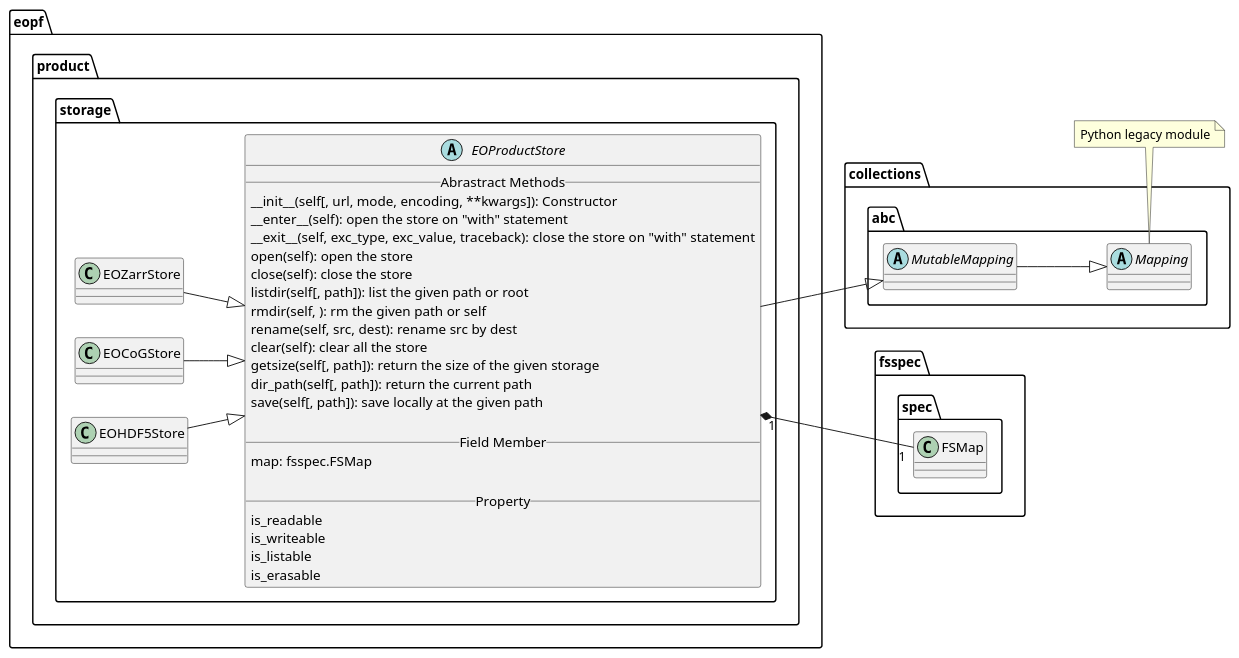
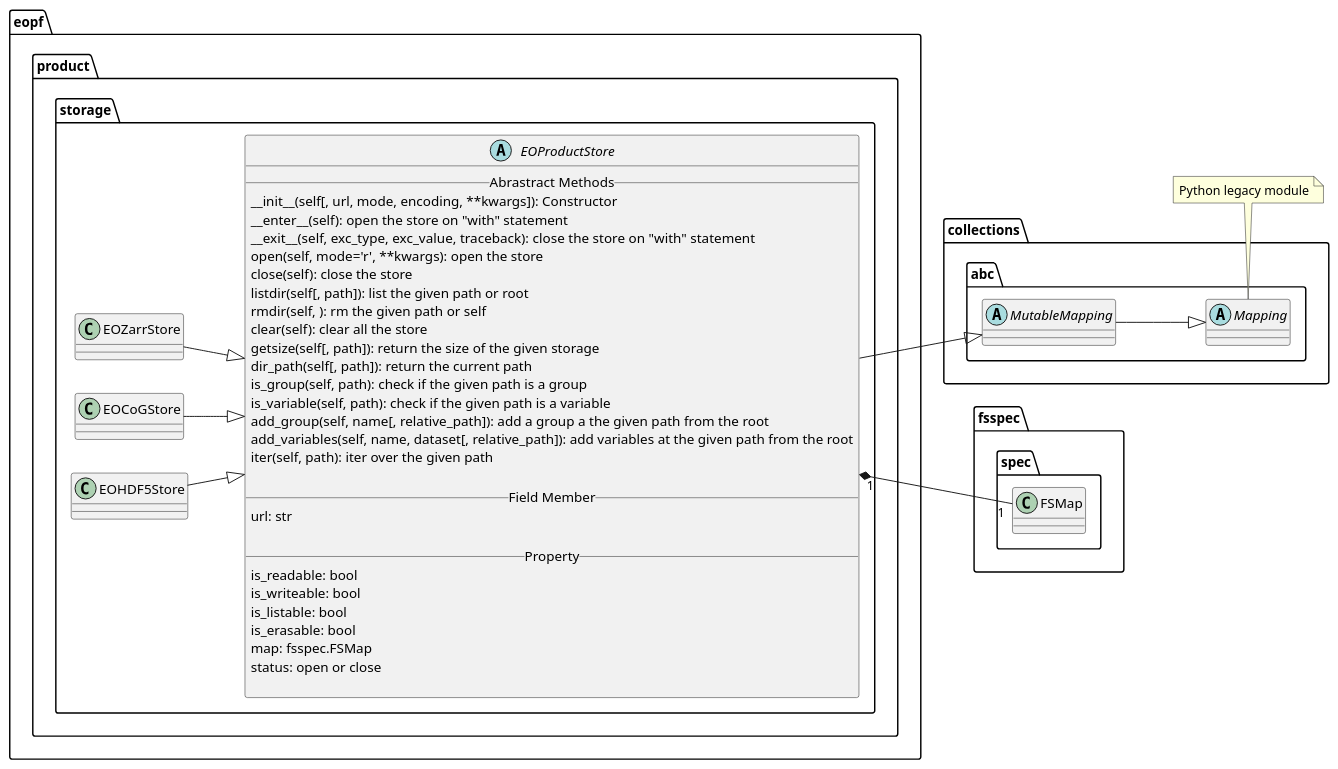
One commit to CSC-DPR/eopf-cpm changed the diagram in docs/plantuml/eopf_product_store.puml. Above: the diagram before and after it, drawn with PlantUML. The commit also changed 3 other files, not shown here.

Commit message:
feat: update the docs plantuml

```diff
--- a/docs/plantuml/eopf_product_store.puml
+++ b/docs/plantuml/eopf_product_store.puml
@@ -1,47 +1,53 @@
 @startuml
 left to right direction
 package eopf.product.storage
 {
 
     ' inspired by fsspec.spec.AbstractFileSystem
     abstract EOProductStore {
         __ Abrastract Methods __
         __init__(self[, url, mode, encoding, **kwargs]): Constructor
         __enter__(self): open the store on "with" statement
         __exit__(self, exc_type, exc_value, traceback): close the store on "with" statement
-        open(self): open the store
+        open(self, mode='r', **kwargs): open the store
         close(self): close the store
         listdir(self[, path]): list the given path or root
         rmdir(self, ): rm the given path or self
-        rename(self, src, dest): rename src by dest
         clear(self): clear all the store
         getsize(self[, path]): return the size of the given storage
         dir_path(self[, path]): return the current path
-        save(self[, path]): save locally at the given path
+        is_group(self, path): check if the given path is a group
+        is_variable(self, path): check if the given path is a variable
+        add_group(self, name[, relative_path]): add a group a the given path from the root
+        add_variables(self, name, dataset[, relative_path]): add variables at the given path from the root
+        iter(self, path): iter over the given path
 
         __ Field Member __
-        map: fsspec.FSMap
+        url: str
 
         __ Property __
-        is_readable
-        is_writeable
-        is_listable
-        is_erasable
+        is_readable: bool
+        is_writeable: bool
+        is_listable: bool
+        is_erasable: bool
+        map: fsspec.FSMap
+        status: open or close
+
     }
 
     EOZarrStore --|> EOProductStore
     EOCoGStore --|> EOProductStore
     EOHDF5Store --|> EOProductStore
 }
 
 
 package collections.abc {
     abstract MutableMapping
     abstract Mapping
     MutableMapping --|> Mapping
 }
 note bottom: Python legacy module
 
 EOProductStore --|> MutableMapping
 EOProductStore "1"*--"1" fsspec.spec.FSMap
 @enduml
```
